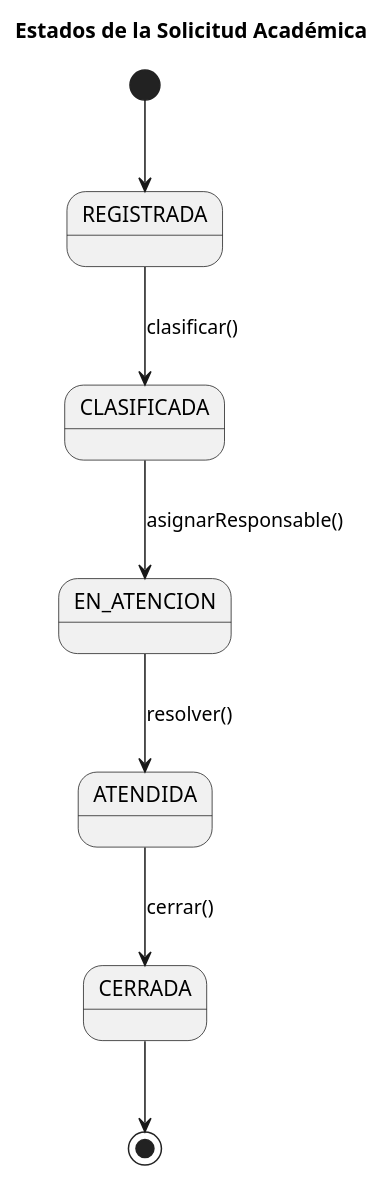
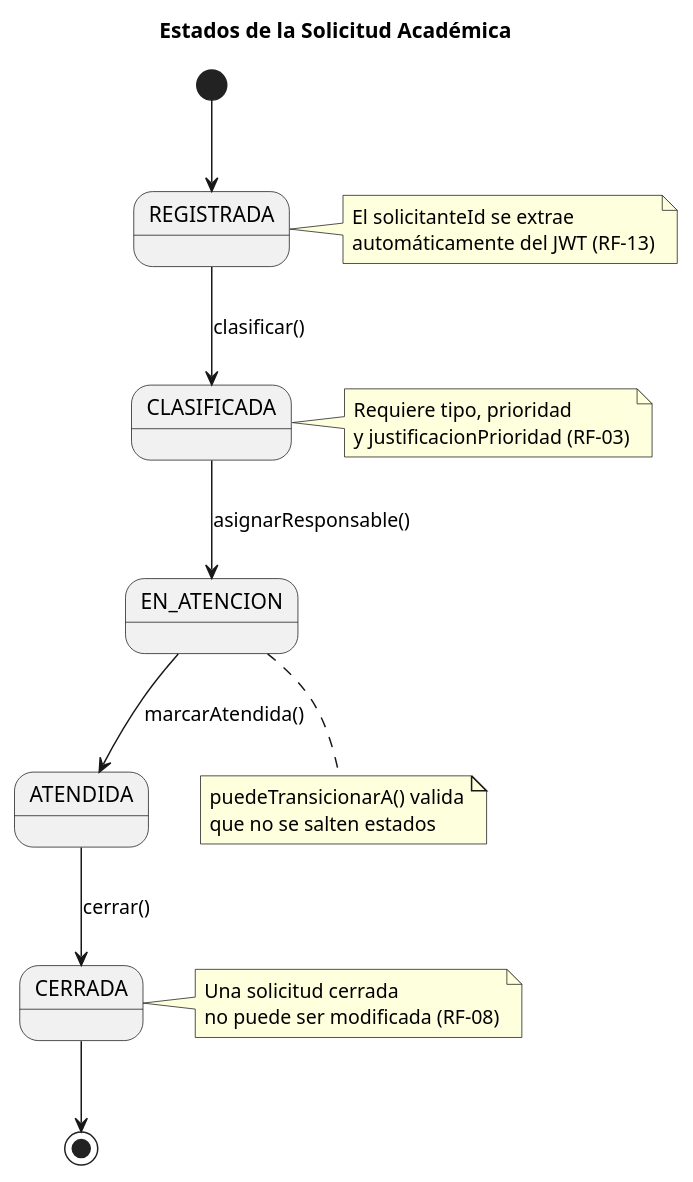
One commit to SSeanjjo/Triage-solicitudes-academicas changed the diagram in docs/UML/Estados.puml. Above: the diagram before and after it, drawn with PlantUML. The commit also changed 2 other files, not shown here.

```diff
--- a/docs/UML/Estados.puml
+++ b/docs/UML/Estados.puml
@@ -1,13 +1,33 @@
 @startuml
 title Estados de la Solicitud Académica
 
 [*] --> REGISTRADA
 
 REGISTRADA --> CLASIFICADA : clasificar()
 CLASIFICADA --> EN_ATENCION : asignarResponsable()
-EN_ATENCION --> ATENDIDA : resolver()
+EN_ATENCION --> ATENDIDA : marcarAtendida()
 ATENDIDA --> CERRADA : cerrar()
 
 CERRADA --> [*]
 
+note right of REGISTRADA
+  El solicitanteId se extrae
+  automáticamente del JWT (RF-13)
+end note
+
+note right of CLASIFICADA
+  Requiere tipo, prioridad
+  y justificacionPrioridad (RF-03)
+end note
+
+note right of CERRADA
+  Una solicitud cerrada
+  no puede ser modificada (RF-08)
+end note
+
+note bottom of EN_ATENCION
+  puedeTransicionarA() valida
+  que no se salten estados
+end note
+
 @enduml
```
